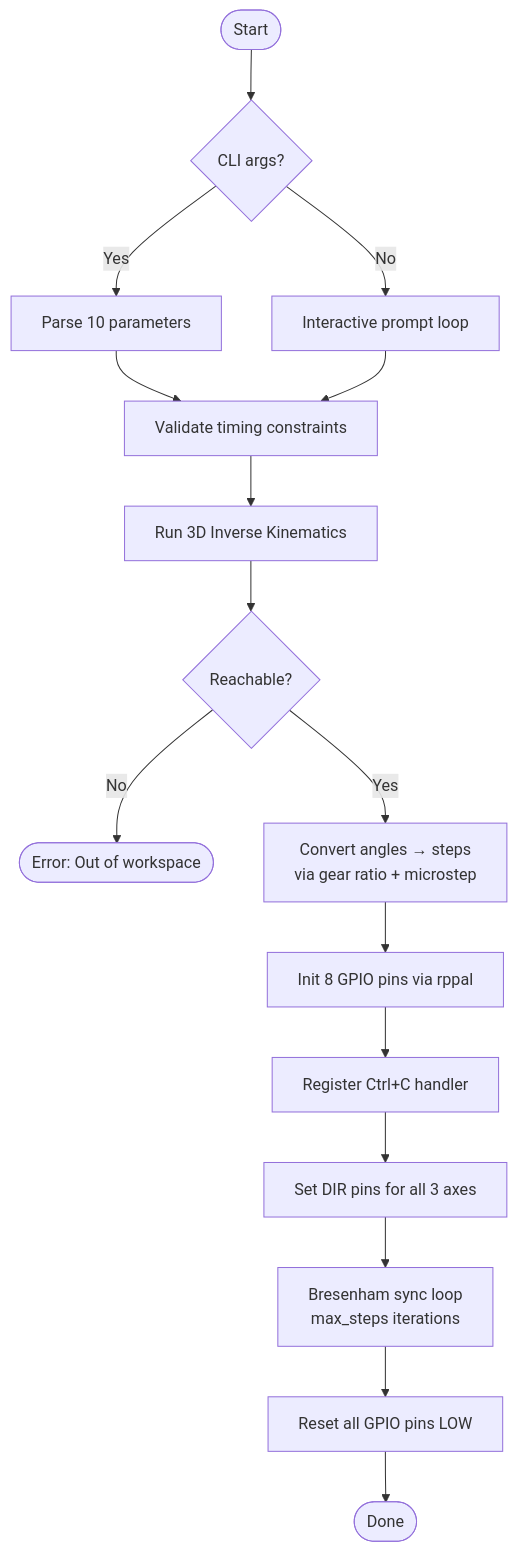
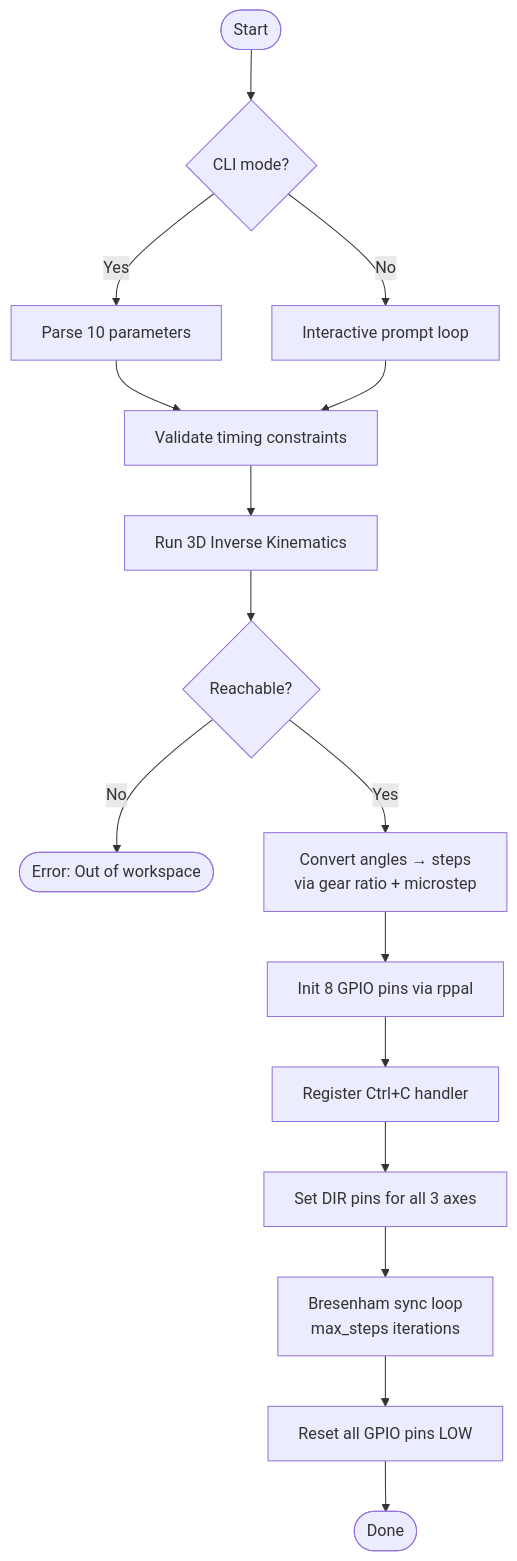
Before and after one commit to HASE-HGV/Roboterarm-HASE: the third of 5 diagrams in README.md, drawn with Mermaid. The commit also changed other lines of this file and 1 other file, not shown here.

Commit message:
renamed args mode to shell

````diff
--- a/README.md
+++ b/README.md
@@ -245,17 +245,17 @@
 ```mermaid
 flowchart TD
-    A([Start]) --> B{CLI args?}
+    A([Start]) --> B{CLI mode?}
     B -- Yes --> C[Parse 10 parameters]
     B -- No --> D[Interactive prompt loop]
     C & D --> E[Validate timing constraints]
     E --> F[Run 3D Inverse Kinematics]
     F --> G{Reachable?}
     G -- No --> ERR([Error: Out of workspace])
     G -- Yes --> H[Convert angles → steps\nvia gear ratio + microstep]
     H --> I[Init 8 GPIO pins via rppal]
     I --> J[Register Ctrl+C handler]
     J --> K[Set DIR pins for all 3 axes]
     K --> L[Bresenham sync loop\nmax_steps iterations]
     L --> M[Reset all GPIO pins LOW]
     M --> N([Done])
 ```
````
